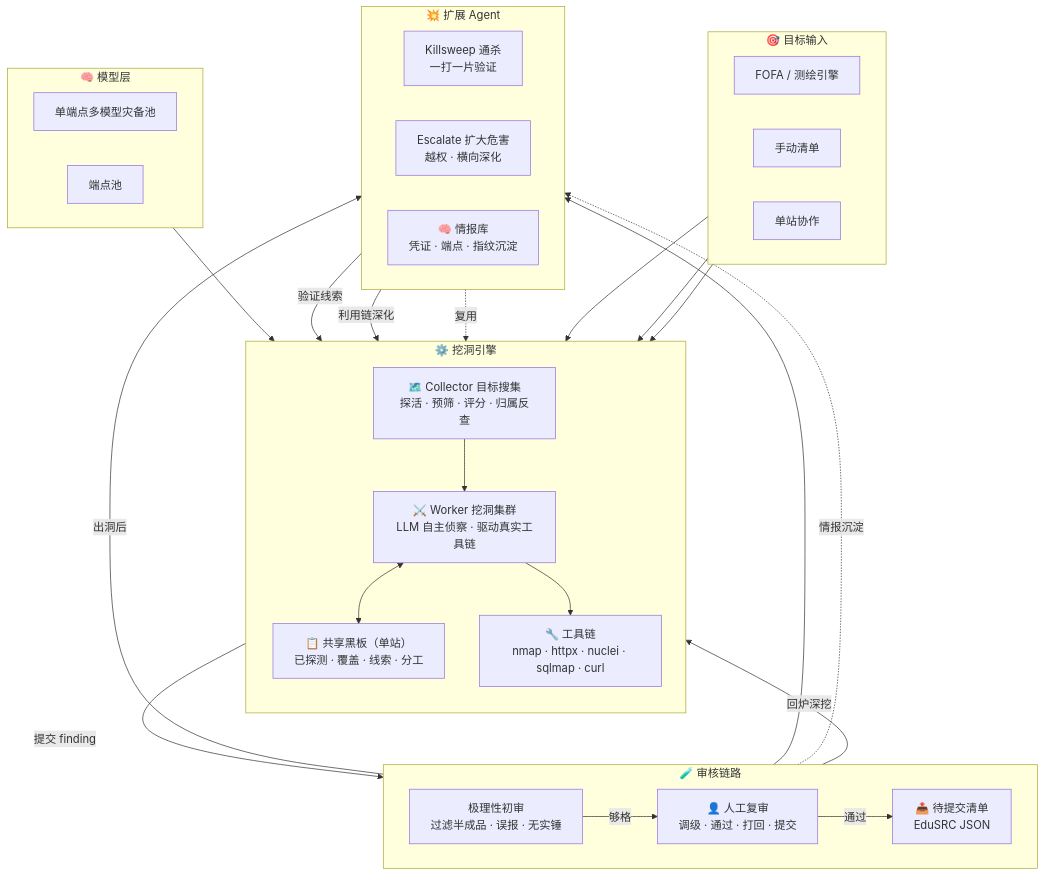
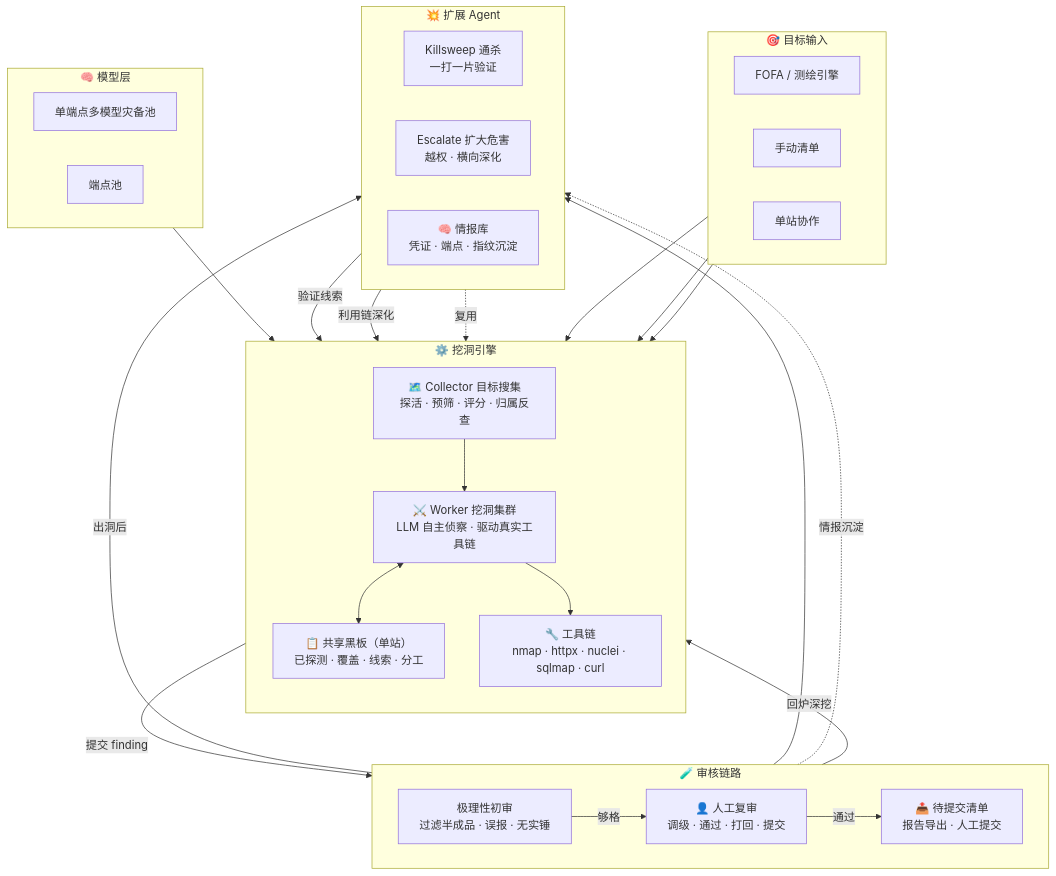
The diagram in README.md (moliyu1101/riddle), drawn with Mermaid before and after one commit. The commit also changed other lines of this file and 14 other files, not shown here.

````diff
--- a/README.md
+++ b/README.md
@@ -52,55 +52,55 @@
 ```mermaid
 flowchart TD
     subgraph IN["🎯 目标输入"]
         direction LR
         F["FOFA / 测绘引擎"]
         M["手动清单"]
         S["单站协作"]
     end
 
     subgraph ENG["⚙️ 挖洞引擎"]
         direction TB
         COL["🗺️ Collector 目标搜集<br/>探活 · 预筛 · 评分 · 归属反查"]
         WORK["⚔️ Worker 挖洞集群<br/>LLM 自主侦察 · 驱动真实工具链"]
         BB["📋 共享黑板（单站）<br/>已探测 · 覆盖 · 线索 · 分工"]
         TOOL["🔧 工具链<br/>nmap · httpx · nuclei · sqlmap · curl"]
     end
 
     subgraph MLLM["🧠 模型层"]
         direction LR
         P1["单端点多模型灾备池"]
         P2["端点池"]
     end
 
     subgraph RV["🧪 审核链路"]
         direction LR
         R1["极理性初审<br/>过滤半成品 · 误报 · 无实锤"]
         R2["👤 人工复审<br/>调级 · 通过 · 打回 · 提交"]
-        R3["📤 待提交清单<br/>EduSRC JSON"]
+        R3["📤 待提交清单<br/>报告导出 · 人工提交"]
     end
 
     subgraph ADV["💥 扩展 Agent"]
         direction LR
         K["Killsweep 通杀<br/>一打一片验证"]
         E["Escalate 扩大危害<br/>越权 · 横向深化"]
         I["🧠 情报库<br/>凭证 · 端点 · 指纹沉淀"]
     end
 
     F --> COL
     M --> COL
     S --> COL
     COL --> WORK
     WORK <--> BB
     WORK --> TOOL
     MLLM --> WORK
     WORK -->|提交 finding| R1
     R1 -->|够格| R2
     R1 -->|回炉深挖| WORK
     R2 -->|通过| R3
     R2 -->|出洞后| K
     K -->|验证线索| WORK
     R2 --> E
     E -->|利用链深化| WORK
     R1 -.情报沉淀.-> I
     I -.复用.-> WORK
 ```
````
